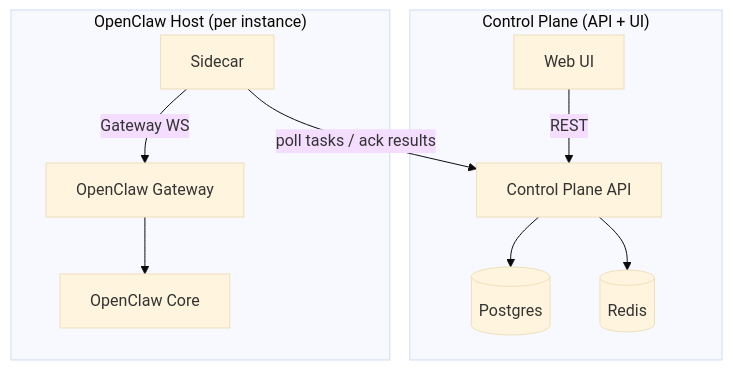
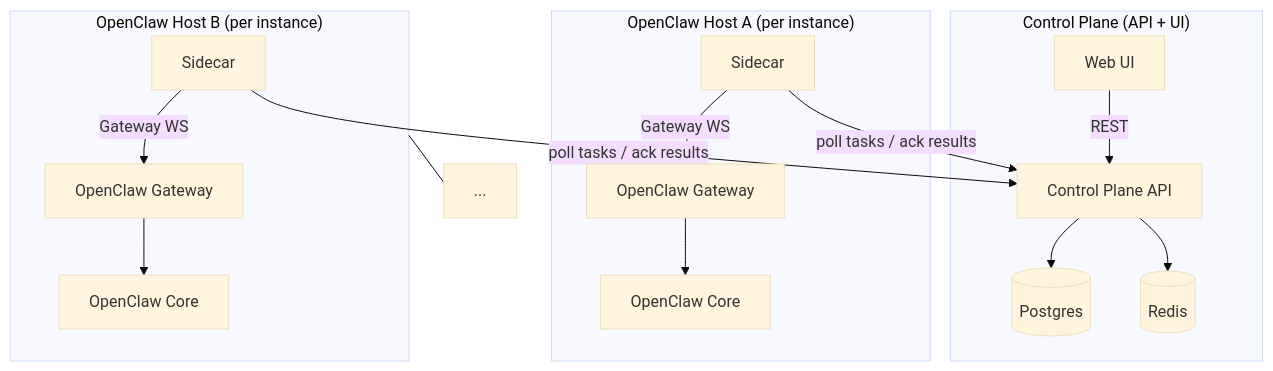
The diagram in README.md (RepeatName-star/openclaw-fleet), drawn with Mermaid (base theme) before and after one commit. The commit also changed other lines of this file and 1 other file, not shown here.

Commit message:
docs: highlight NAT-friendly fleet topology

````diff
--- a/README.md
+++ b/README.md
@@ -9,17 +9,26 @@
 ```mermaid
 flowchart TB
   subgraph ControlPlane["Control Plane (API + UI)"]
     UI[Web UI] -->|REST| API[Control Plane API]
     API --> PG[(Postgres)]
     API --> R[(Redis)]
   end
 
-  subgraph OpenClawHost["OpenClaw Host (per instance)"]
-    SC[Sidecar]
-    GW[OpenClaw Gateway]
-    OC[OpenClaw Core]
-    SC -->|Gateway WS| GW --> OC
+  subgraph HostA["OpenClaw Host A (per instance)"]
+    SCA[Sidecar]
+    GWA[OpenClaw Gateway]
+    OCA[OpenClaw Core]
+    SCA -->|Gateway WS| GWA --> OCA
   end
 
-  SC -->|poll tasks / ack results| API
+  subgraph HostB["OpenClaw Host B (per instance)"]
+    SCB[Sidecar]
+    GWB[OpenClaw Gateway]
+    OCB[OpenClaw Core]
+    SCB -->|Gateway WS| GWB --> OCB
+  end
+
+  SCA -->|poll tasks / ack results| API
+  SCB -->|poll tasks / ack results| API
+  HostB --- Dots["..."]
 ```
````
